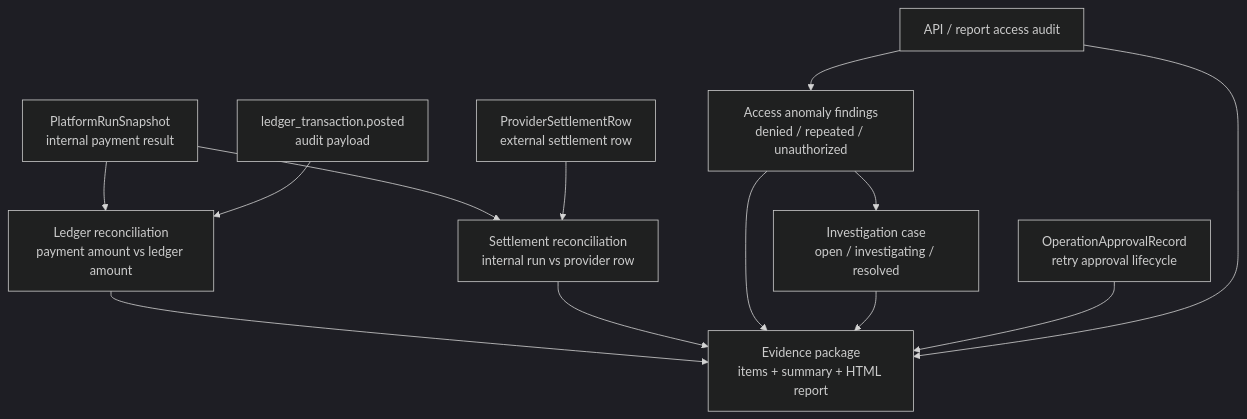
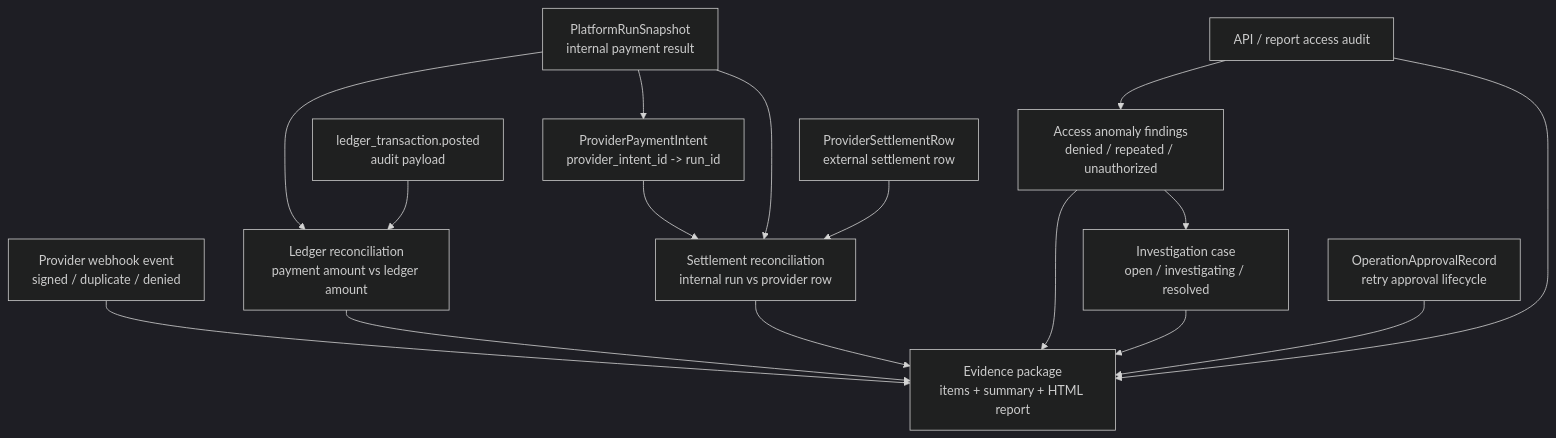
Before and after one commit to Jeddy-PAN/FinTech: the diagram in docs/diagrams/reconciliation-and-evidence-flow.md, drawn with Mermaid (dark theme). The commit also changed other lines of this file and 15 other files, not shown here.

Commit message:
Payment Provider completed

````diff
--- a/docs/diagrams/reconciliation-and-evidence-flow.md
+++ b/docs/diagrams/reconciliation-and-evidence-flow.md
@@ -5,28 +5,33 @@
 ```mermaid
 flowchart TD
     Runs["PlatformRunSnapshot<br/>internal payment result"]
+    ProviderIntent["ProviderPaymentIntent<br/>provider_intent_id -> run_id"]
     LedgerAudit["ledger_transaction.posted<br/>audit payload"]
     Settlement["ProviderSettlementRow<br/>external settlement row"]
+    ProviderWebhook["Provider webhook event<br/>signed / duplicate / denied"]
     AccessAudit["API / report access audit"]
     Approval["OperationApprovalRecord<br/>retry approval lifecycle"]
 
     LedgerRecon["Ledger reconciliation<br/>payment amount vs ledger amount"]
     SettlementRecon["Settlement reconciliation<br/>internal run vs provider row"]
     AccessAnomaly["Access anomaly findings<br/>denied / repeated / unauthorized"]
     Case["Investigation case<br/>open / investigating / resolved"]
     Evidence["Evidence package<br/>items + summary + HTML report"]
 
     Runs --> LedgerRecon
+    Runs --> ProviderIntent
+    ProviderIntent --> SettlementRecon
     LedgerAudit --> LedgerRecon
     Runs --> SettlementRecon
     Settlement --> SettlementRecon
+    ProviderWebhook --> Evidence
     AccessAudit --> AccessAnomaly
     AccessAnomaly --> Case
 
     LedgerRecon --> Evidence
     SettlementRecon --> Evidence
     AccessAnomaly --> Evidence
     Case --> Evidence
     Approval --> Evidence
     AccessAudit --> Evidence
 ```
````
